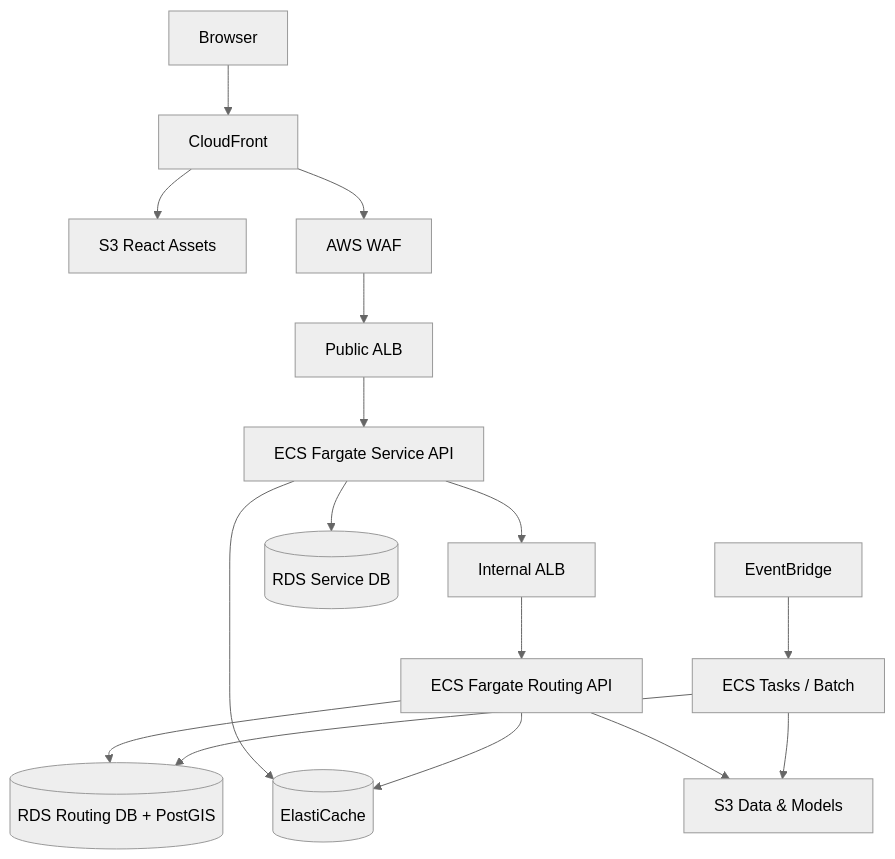
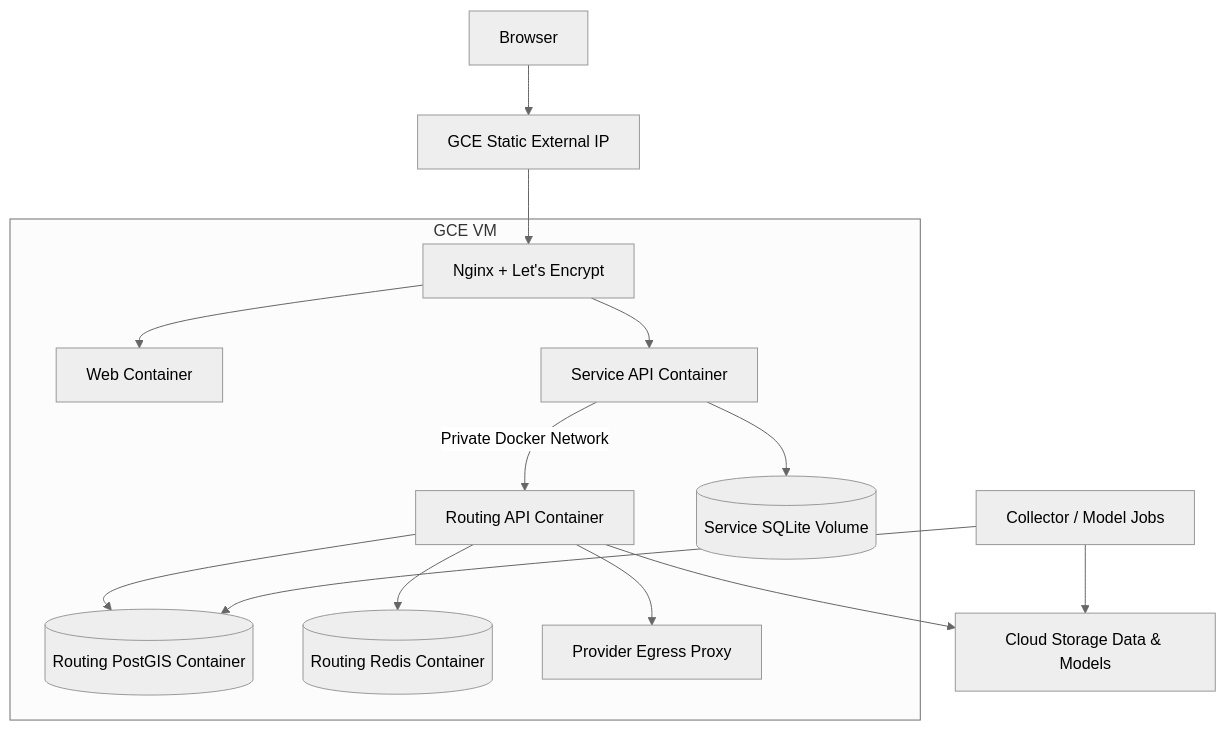
Before and after one commit to yunttai/82TA: the second of 2 diagrams in src/docs/shared/SYSTEM_ARCHITECTURE.md, drawn with Mermaid (neutral theme). The commit also changed other lines of this file and 202 other files, not shown here.

````diff
--- a/src/docs/shared/SYSTEM_ARCHITECTURE.md
+++ b/src/docs/shared/SYSTEM_ARCHITECTURE.md
@@ -98,18 +98,19 @@
 ```mermaid
 flowchart TB
-    BROWSER[Browser] --> CF[CloudFront]
-    CF --> S3WEB[S3 React Assets]
-    CF --> WAF[AWS WAF]
-    WAF --> ALB[Public ALB]
-    ALB --> SVC[ECS Fargate Service API]
-    SVC --> IALB[Internal ALB]
-    IALB --> RTE[ECS Fargate Routing API]
-    SVC --> SDB[(RDS Service DB)]
-    RTE --> RDB[(RDS Routing DB + PostGIS)]
-    SVC --> REDIS[(ElastiCache)]
-    RTE --> REDIS
-    RTE --> S3DATA[S3 Data & Models]
-    EB[EventBridge] --> WORKERS[ECS Tasks / Batch]
-    WORKERS --> RDB
-    WORKERS --> S3DATA
+    BROWSER[Browser] --> IP[GCE Static External IP]
+    IP --> NGINX[Nginx + Let's Encrypt]
+
+    subgraph VM[GCE VM]
+      NGINX --> WEB[Web Container]
+      NGINX --> SVC[Service API Container]
+      SVC -->|Private Docker Network| RTE[Routing API Container]
+      SVC --> SDB[(Service SQLite Volume)]
+      RTE --> RDB[(Routing PostGIS Container)]
+      RTE --> REDIS[(Routing Redis Container)]
+      RTE --> PROXY[Provider Egress Proxy]
+    end
+
+    RTE --> GCS[Cloud Storage Data & Models]
+    WORKERS[Collector / Model Jobs] --> RDB
+    WORKERS --> GCS
 ```
````
